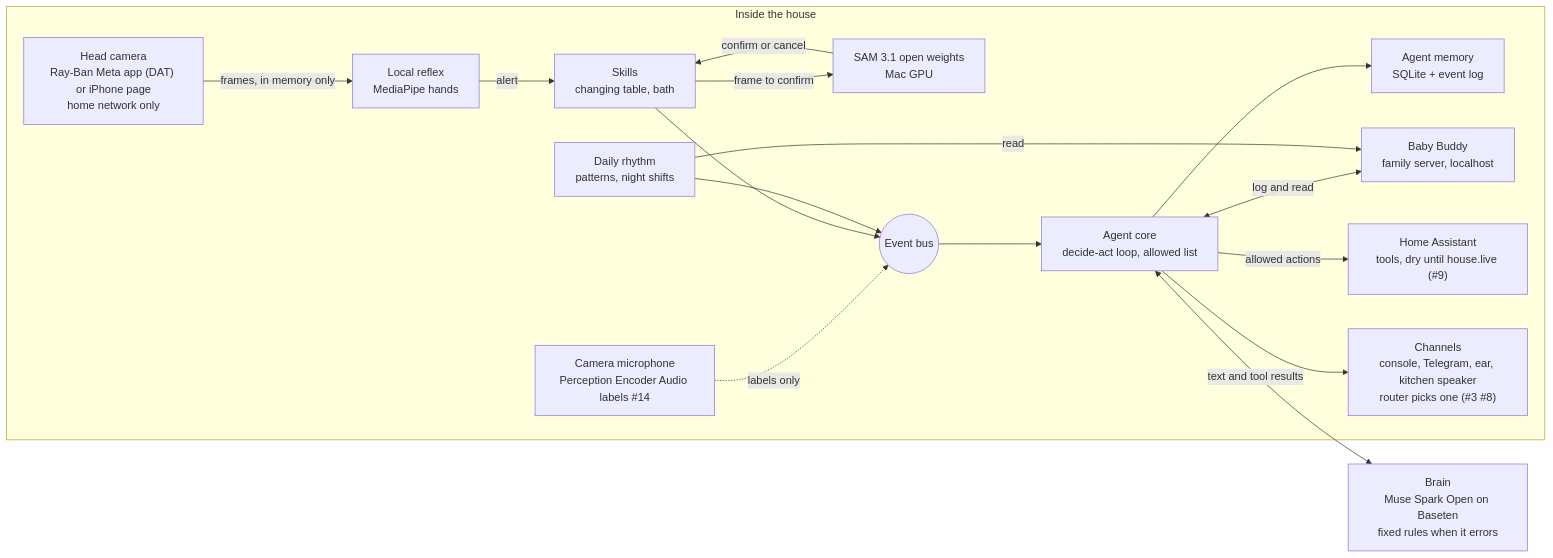
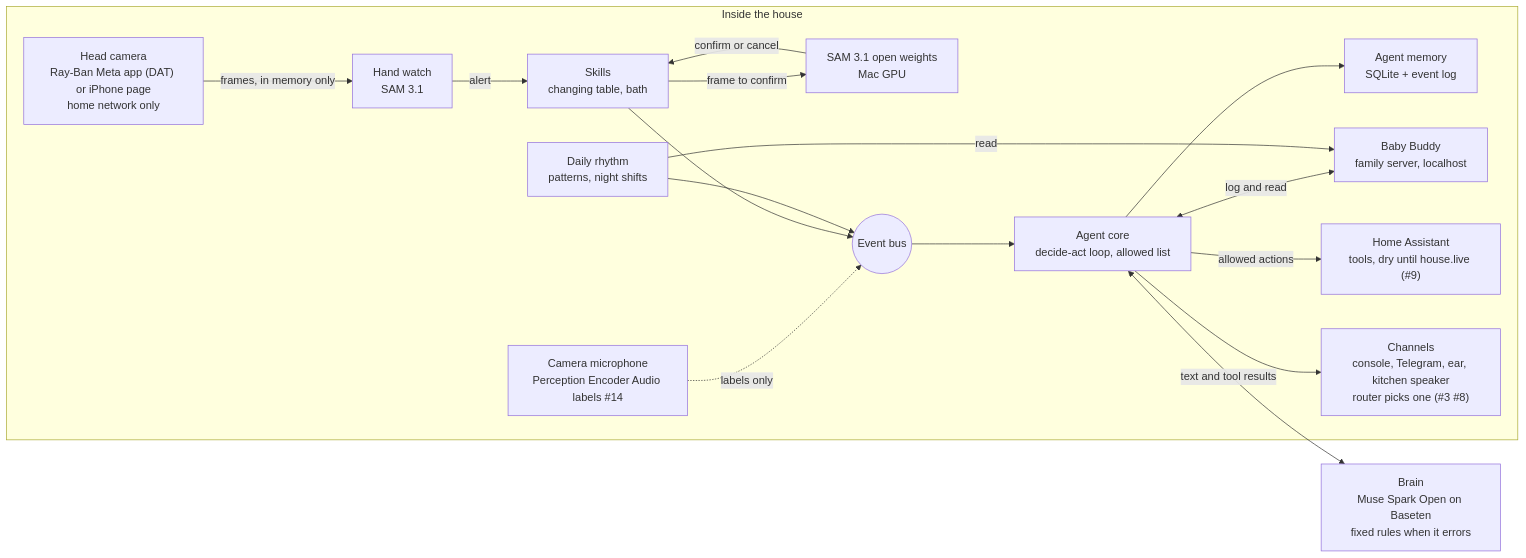
The diagram in docs/architecture.md (gonzalomelov/theos-house), drawn with Mermaid before and after one commit. The commit also changed other lines of this file and 46 other files, not shown here.

First line of the commit message:
No pre-event code: SAM 3.1 only, fresh frame sources and setup, MediaPipe and PANNs out (#234)

````diff
--- a/docs/architecture.md
+++ b/docs/architecture.md
@@ -5,33 +5,33 @@
 ```mermaid
 flowchart LR
   subgraph House["Inside the house"]
     cam["Head camera<br/>Ray-Ban Meta app (DAT) or iPhone page<br/>home network only"]
     mic["Camera microphone<br/>Perception Encoder Audio labels #14"]
-    reflex["Local reflex<br/>MediaPipe hands"]
+    reflex["Hand watch<br/>SAM 3.1"]
     sam["SAM 3.1 open weights<br/>Mac GPU"]
     bus(("Event bus"))
     core["Agent core<br/>decide-act loop, allowed list"]
     mem["Agent memory<br/>SQLite + event log"]
     bb["Baby Buddy<br/>family server, localhost"]
     rhythm["Daily rhythm<br/>patterns, night shifts"]
     skills["Skills<br/>changing table, bath"]
     ha["Home Assistant<br/>tools, dry until house.live (#9)"]
     chan["Channels<br/>console, Telegram, ear, kitchen speaker<br/>router picks one (#3 #8)"]
   end
   brain["Brain<br/>Muse Spark Open on Baseten<br/>fixed rules when it errors"]
 
   cam -->|frames, in memory only| reflex
   reflex -->|alert| skills
   skills -->|frame to confirm| sam
   sam -->|confirm or cancel| skills
   mic -.->|labels only| bus
   skills --> bus
   rhythm --> bus
   bus --> core
   core <-->|text and tool results| brain
   core --> mem
   core <-->|log and read| bb
   rhythm -->|read| bb
   core -->|allowed actions| ha
   core --> chan
 ```
````
